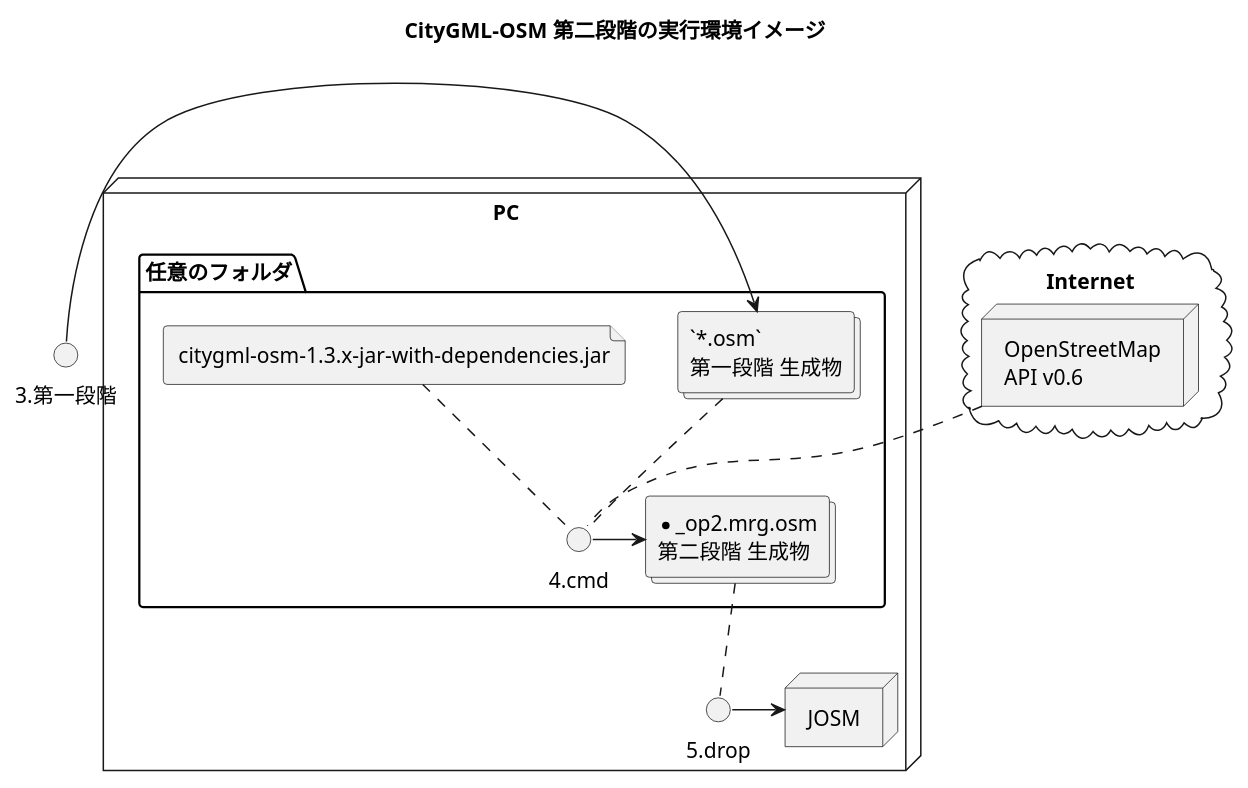
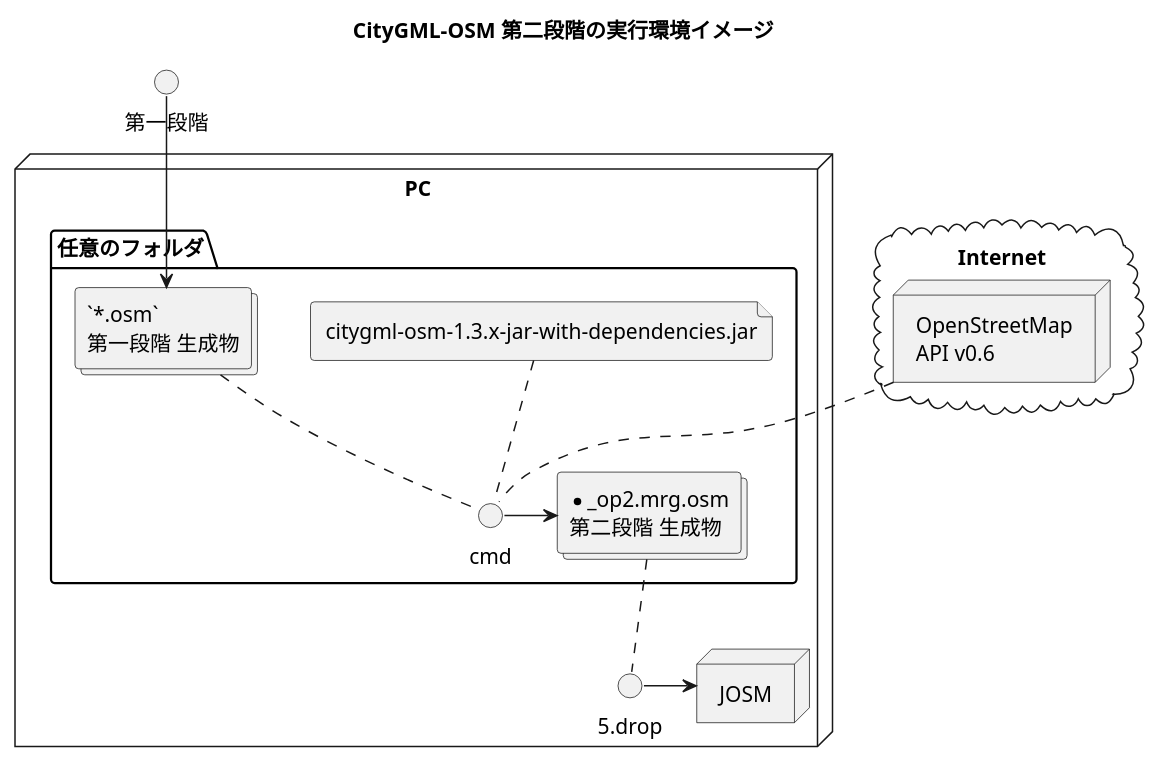
Before and after one commit to yuuhayashi/citygml-osm: the diagram in doc/startup2nd.pu, drawn with PlantUML. The commit also changed 1 other file, not shown here.

Commit message:
図を改定

```diff
--- a/doc/startup2nd.pu
+++ b/doc/startup2nd.pu
@@ -1,31 +1,32 @@
 @startuml
 title CityGML-OSM 第二段階の実行環境イメージ
 
 cloud Internet {
  node "OpenStreetMap\nAPI v0.6" as osmapi
 }
 
-() "3.第一段階" as cmd3
+ () "第一段階" as step1
 
 node PC {
+
  folder 任意のフォルダ {
   file "citygml-osm-1.3.x-jar-with-dependencies.jar" as jar
   collections "`*.osm`\n第一段階 生成物" as osm
-  cmd3 -> osm
+  step1 --> osm
  
-  () "4.cmd" as cmd
+  () "cmd" as cmd
   jar .. cmd
   osm .. cmd
   osmapi .. cmd
  
   collections "*_op2.mrg.osm\n第二段階 生成物" as mrg
   cmd -> mrg
  }
 
  () "5.drop" as drop
  node JOSM
 }
 
 mrg .. drop
 drop -> JOSM
 @enduml
```
